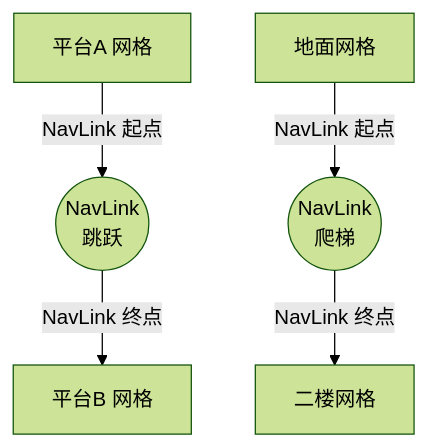
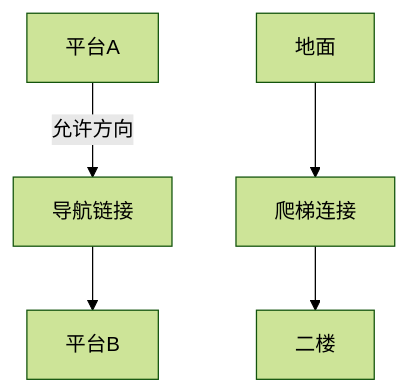
The fifth of 7 diagrams in 知识/06-游戏AI/导航移动与群体协同/03-NavMesh寻路.md (fantuan812/learning), drawn with Mermaid (forest theme) before and after one commit. The commit also changed other lines of this file and 2 other files, not shown here.

````diff
--- a/知识/06-游戏AI/导航移动与群体协同/03-NavMesh寻路.md
+++ b/知识/06-游戏AI/导航移动与群体协同/03-NavMesh寻路.md
@@ -162,6 +373,7 @@
 ```mermaid
 graph TD
-    A[平台A 网格] -- NavLink 起点 --> L((NavLink<br/>跳跃)) -- NavLink 终点 --> B[平台B 网格]
-    C[地面网格] -- NavLink 起点 --> L2((NavLink<br/>爬梯))
-    L2 -- NavLink 终点 --> D[二楼网格]
+    A[平台A] -->|允许方向| L[导航链接]
+    L --> B[平台B]
+    Ground[地面] --> Ladder[爬梯连接]
+    Ladder --> Upper[二楼]
 ```
````
